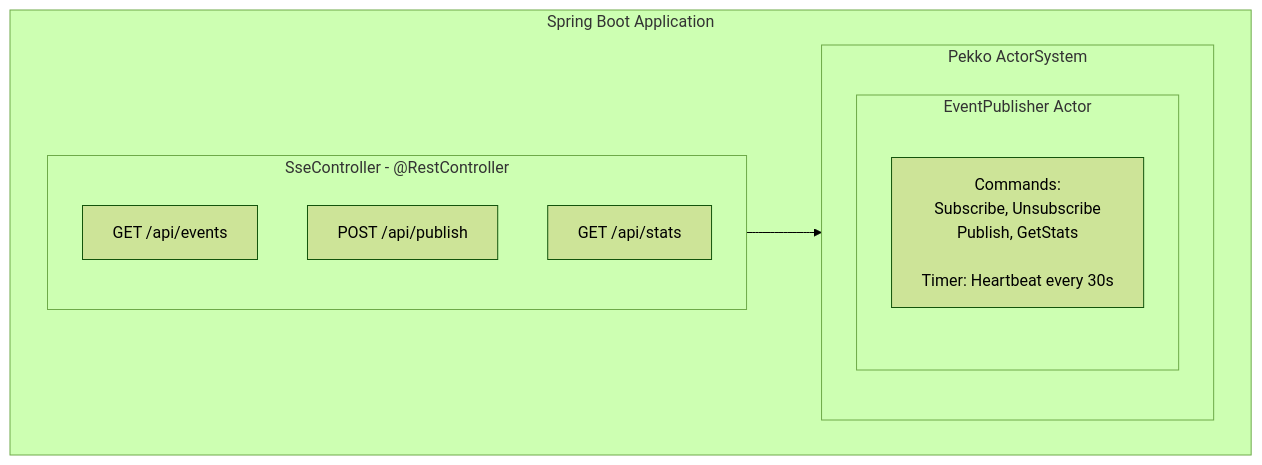
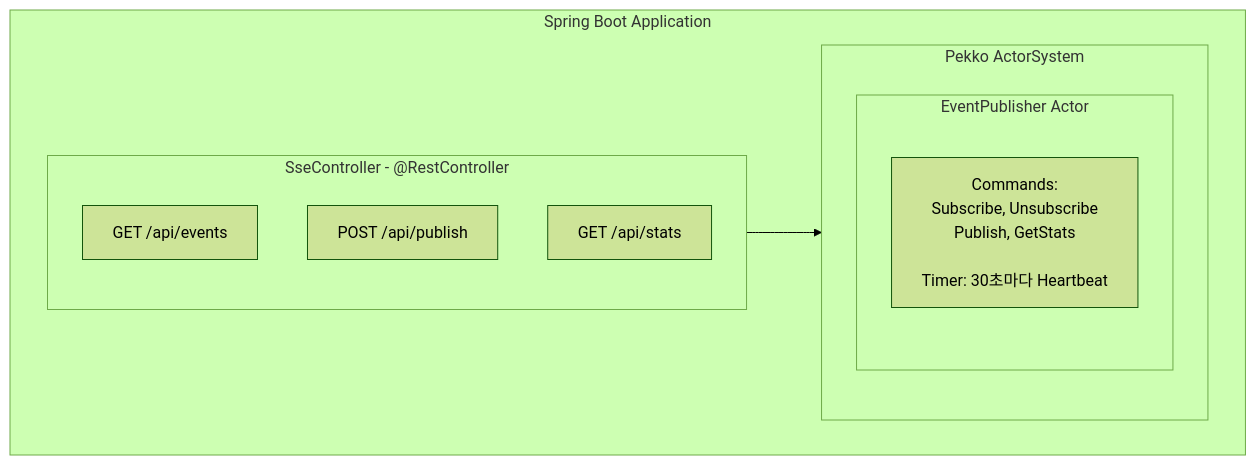
The diagram in spring-boot-sse/README.md (iceflower/pekko-kotlin-demo), drawn with Mermaid (forest theme) before and after one commit. The commit also changed other lines of this file and 13 other files, not shown here.

````diff
--- a/spring-boot-sse/README.md
+++ b/spring-boot-sse/README.md
@@ -15,18 +15,18 @@
 ```mermaid
 flowchart TB
     subgraph SpringBoot[Spring Boot Application]
         subgraph Controller[SseController - @RestController]
             GET1["GET /api/events"]
             POST1["POST /api/publish"]
             GET2["GET /api/stats"]
         end
 
         subgraph ActorSystem[Pekko ActorSystem]
             subgraph EventPublisher[EventPublisher Actor]
-                Commands["Commands:<br/>Subscribe, Unsubscribe<br/>Publish, GetStats<br/><br/>Timer: Heartbeat every 30s"]
+                Commands["Commands:<br/>Subscribe, Unsubscribe<br/>Publish, GetStats<br/><br/>Timer: 30초마다 Heartbeat"]
             end
         end
 
         Controller --> ActorSystem
     end
 ```
````
